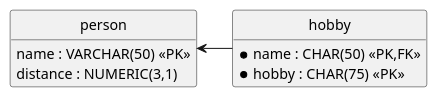
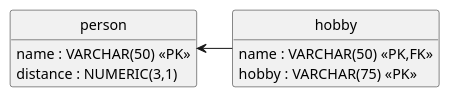
Before and after one commit to bartvanderwal/P1-Eindapplicatie: the diagram in documentatie/SDD/PDM.puml, drawn with PlantUML.

```diff
--- a/documentatie/SDD/PDM.puml
+++ b/documentatie/SDD/PDM.puml
@@ -1,18 +1,18 @@
 @startuml KlasKompas_PDM
 'configuration
 hide circle
 hide attributes
 
 entity person {
     name : VARCHAR(50) <<PK>>
     distance : NUMERIC(3,1)
 }
 
 entity hobby {
-    *name : CHAR(50) <<PK,FK>>
-    *hobby : CHAR(75) <<PK>>
+    name : VARCHAR(50) <<PK,FK>>
+    hobby : VARCHAR(75) <<PK>>
 }
 
 person <- hobby
 
 @enduml
```
